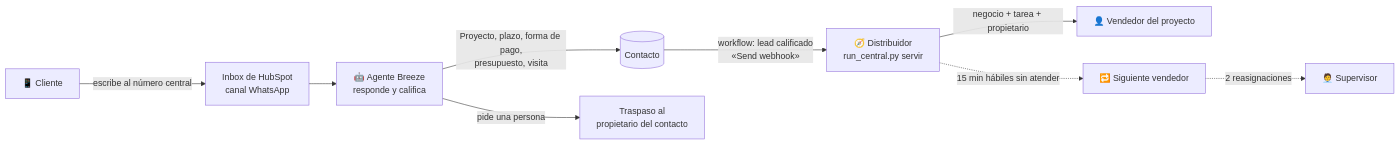
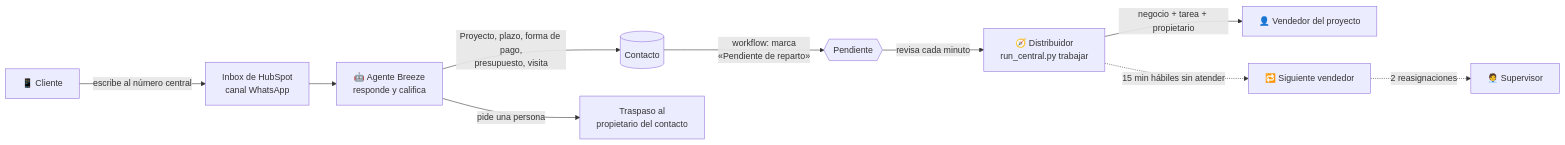
One commit to solid0072704/copahue changed the diagram in central_whatsapp/README.md. Above: the diagram before and after it, drawn with Mermaid. The commit also changed other lines of this file and 11 other files, not shown here.

First line of the commit message:
Central WhatsApp: reparto por consulta periódica en vez de webhook

````diff
--- a/central_whatsapp/README.md
+++ b/central_whatsapp/README.md
@@ -8,11 +8,12 @@
 ```mermaid
 flowchart LR
     C[📱 Cliente] -->|escribe al número central| I[Inbox de HubSpot<br/>canal WhatsApp]
     I --> B[🤖 Agente Breeze<br/>responde y califica]
     B -->|Proyecto, plazo, forma de pago,<br/>presupuesto, visita| K[(Contacto)]
-    K -->|workflow: lead calificado<br/>«Send webhook»| D[🧭 Distribuidor<br/>run_central.py servir]
+    K -->|workflow: marca<br/>«Pendiente de reparto»| P{{Pendiente}}
+    P -->|revisa cada minuto| D[🧭 Distribuidor<br/>run_central.py trabajar]
     D -->|negocio + tarea + propietario| V[👤 Vendedor del proyecto]
     D -. 15 min hábiles sin atender .-> R[🔁 Siguiente vendedor]
     R -. 2 reasignaciones .-> S[🧑‍💼 Supervisor]
     B -->|pide una persona| H[Traspaso al<br/>propietario del contacto]
 ```
````
